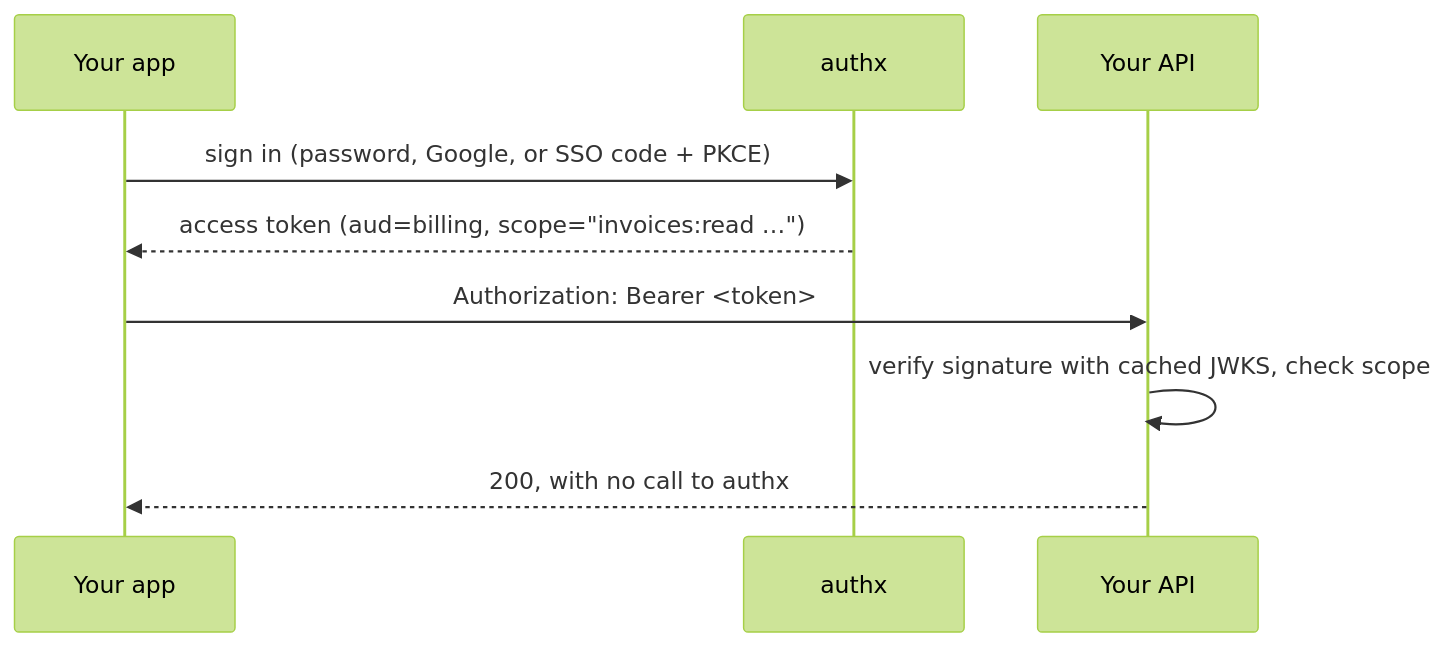
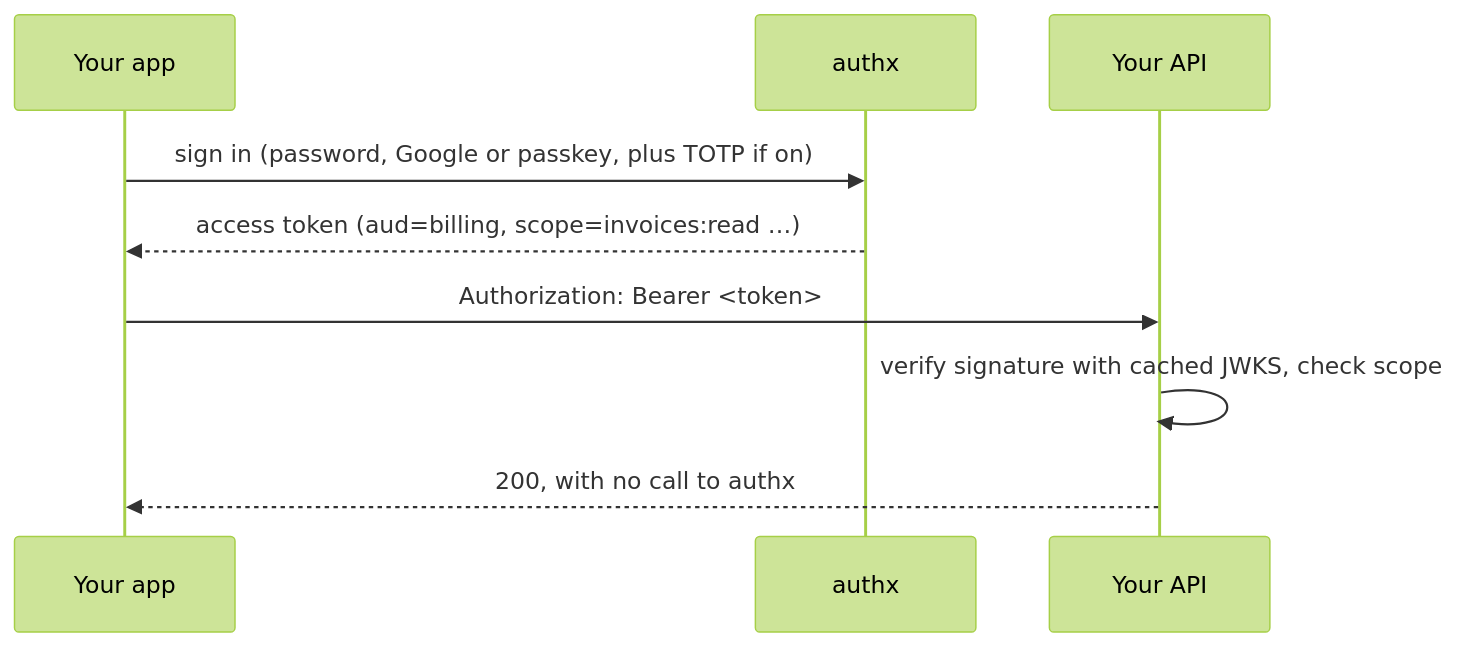
One commit to ramilvillon/authx changed the diagram in README.md. Above: the diagram before and after it, drawn with Mermaid (forest theme).

Commit message:
docs(readme): fix the How-it-works diagram render and list passkeys/TOTP
Escape <token> as #lt;token#gt; so Mermaid doesn't read it as an HTML tag,
drop the inner quotes on scope, and bring the sign-in arrow up to date.

Claude-Session: https://claude.ai/code/session_017w8ct4MFi4iLK8DSTNWvMJ

````diff
--- a/README.md
+++ b/README.md
@@ -33,11 +33,11 @@
 ```mermaid
 sequenceDiagram
     participant App as Your app
     participant authx
     participant API as Your API
-    App->>authx: sign in (password, Google, or SSO code + PKCE)
-    authx-->>App: access token (aud=billing, scope="invoices:read …")
-    App->>API: Authorization: Bearer <token>
+    App->>authx: sign in (password, Google or passkey, plus TOTP if on)
+    authx-->>App: access token (aud=billing, scope=invoices:read …)
+    App->>API: Authorization: Bearer #lt;token#gt;
     API->>API: verify signature with cached JWKS, check scope
     API-->>App: 200, with no call to authx
 ```
````
